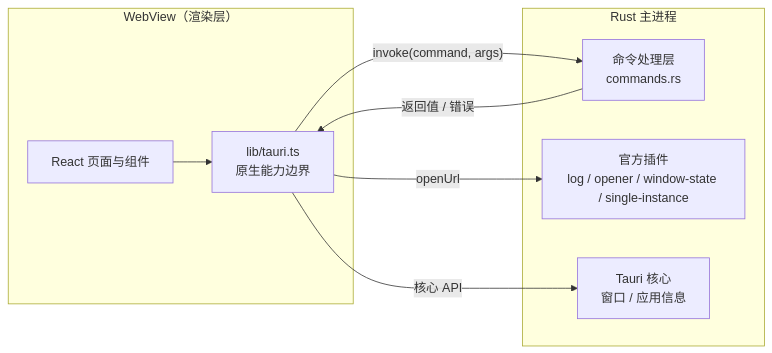
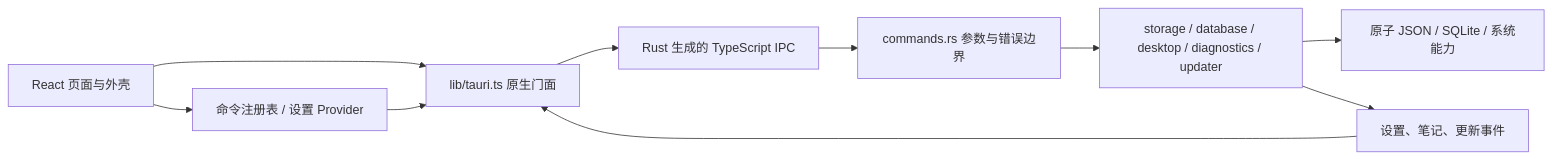
The diagram in docs/architecture.md (YanChao001/tauri-desktop-starter), drawn with Mermaid before and after one commit. The commit also changed other lines of this file and 121 other files, not shown here.

````diff
--- a/docs/architecture.md
+++ b/docs/architecture.md
@@ -11,19 +7,12 @@
 ```mermaid
 flowchart LR
-  subgraph web["WebView（渲染层）"]
-    UI["React 页面与组件"]
-    IPC["lib/tauri.ts<br/>原生能力边界"]
-    UI --> IPC
-  end
-
-  subgraph rust["Rust 主进程"]
-    CMD["命令处理层<br/>commands.rs"]
-    PLUGIN["官方插件<br/>log / opener / window-state / single-instance"]
-    CORE["Tauri 核心<br/>窗口 / 应用信息"]
-  end
-
-  IPC -- "invoke(command, args)" --> CMD
-  CMD -- "返回值 / 错误" --> IPC
-  IPC -- "核心 API" --> CORE
-  IPC -- "openUrl" --> PLUGIN
+  UI["React 页面与外壳"] --> Commands["命令注册表 / 设置 Provider"]
+  UI --> Facade["lib/tauri.ts 原生门面"]
+  Commands --> Facade
+  Facade --> Bindings["Rust 生成的 TypeScript IPC"]
+  Bindings --> Boundary["commands.rs 参数与错误边界"]
+  Boundary --> Services["storage / database / desktop / diagnostics / updater"]
+  Services --> Data["原子 JSON / SQLite / 系统能力"]
+  Services --> Events["设置、笔记、更新事件"]
+  Events --> Facade
 ```
````
